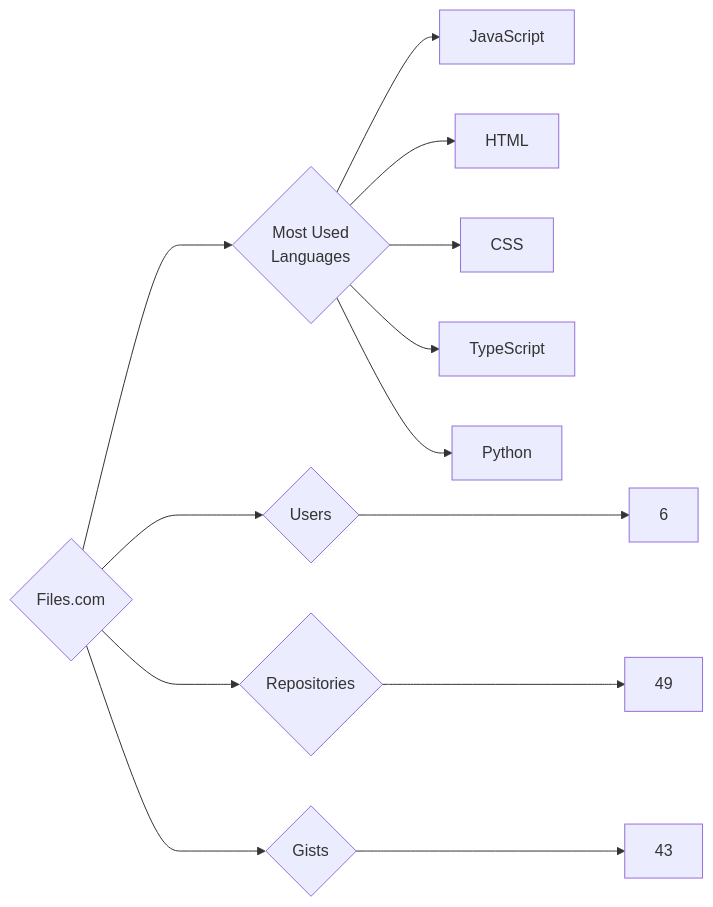
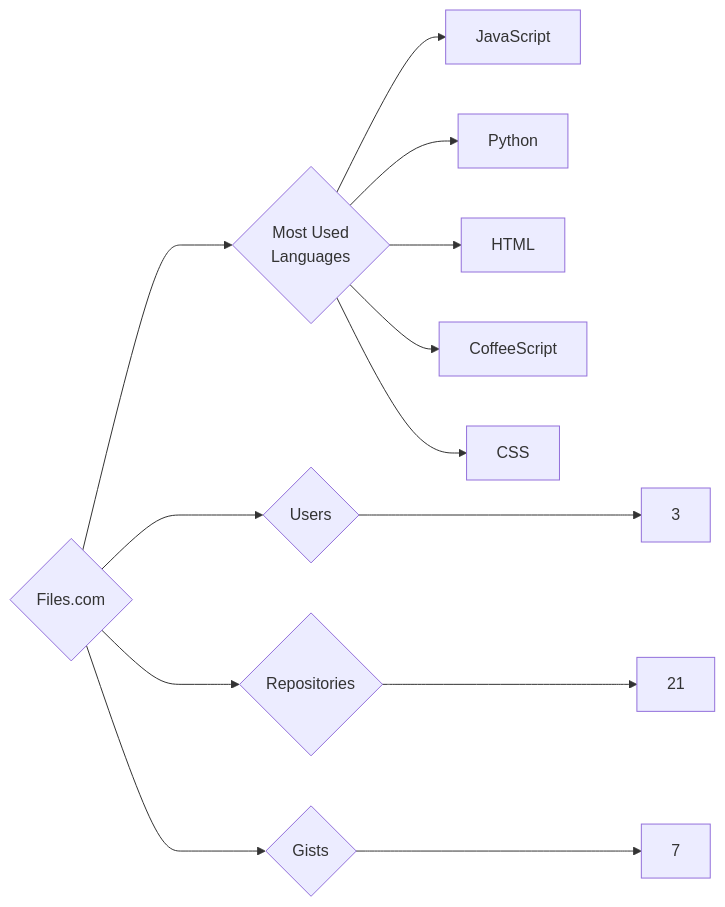
Before and after one commit to trickest/insiders: the diagram in targets/Files.com/README.md, drawn with Mermaid. The commit also changed 786 other files, not shown here.

````diff
--- a/targets/Files.com/README.md
+++ b/targets/Files.com/README.md
@@ -3,13 +3,13 @@
 ```mermaid
 graph LR
 COMPANY_NAME{Files.com}
-COMPANY_NAME ---> U{Users} ---> UN[6]
-COMPANY_NAME ---> R{Repositories} ---> RN[49]
-COMPANY_NAME ---> G{Gists} ---> GN[43]
+COMPANY_NAME ---> U{Users} ---> UN[3]
+COMPANY_NAME ---> R{Repositories} ---> RN[21]
+COMPANY_NAME ---> G{Gists} ---> GN[7]
 COMPANY_NAME ---> ML{Most Used<br>Languages}
 ML --> JavaScript[JavaScript]
+ML --> Python[Python]
 ML --> HTML[HTML]
+ML --> CoffeeScript[CoffeeScript]
 ML --> CSS[CSS]
-ML --> TypeScript[TypeScript]
-ML --> Python[Python]
 ```
````
